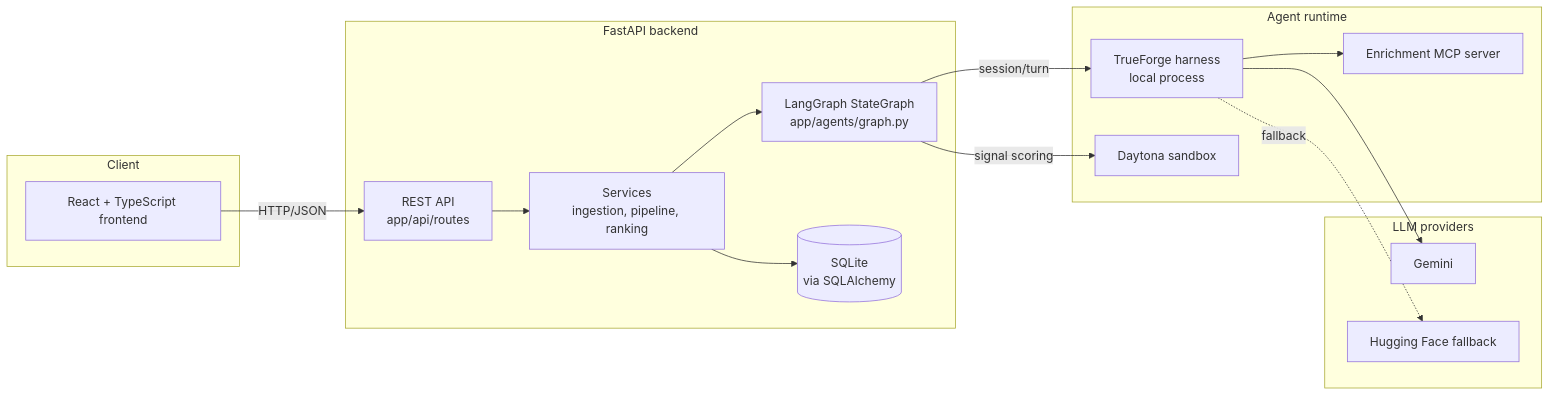
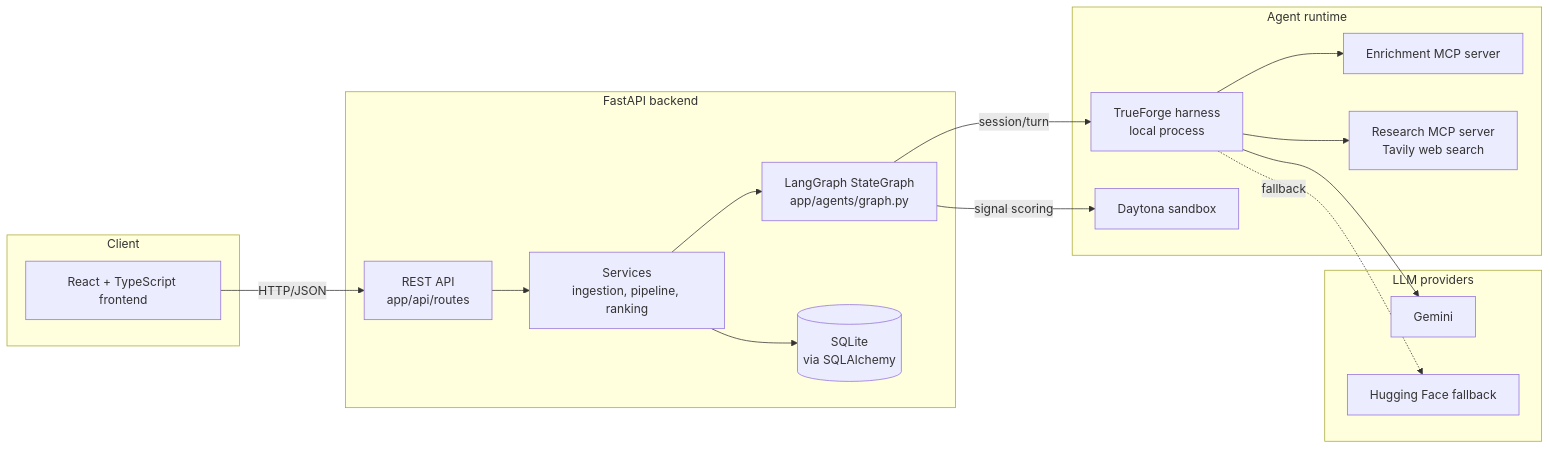
One commit to ram-from-tvl/signalis changed the diagram in docs/ARCHITECTURE.md. Above: the diagram before and after it, drawn with Mermaid. The commit also changed other lines of this file and 3 other files, not shown here.

First line of the commit message:
docs: document the research MCP server and TAVILY_API_KEY setup

````diff
--- a/docs/ARCHITECTURE.md
+++ b/docs/ARCHITECTURE.md
@@ -9,34 +9,36 @@
 ```mermaid
 flowchart LR
     subgraph Client
         FE[React + TypeScript frontend]
     end
 
     subgraph Backend["FastAPI backend"]
         API[REST API<br/>app/api/routes]
         SVC[Services<br/>ingestion, pipeline, ranking]
         GRAPH[LangGraph StateGraph<br/>app/agents/graph.py]
         DB[(SQLite<br/>via SQLAlchemy)]
     end
 
     subgraph Runtime["Agent runtime"]
         TF[TrueForge harness<br/>local process]
         MCP[Enrichment MCP server]
+        RESEARCH[Research MCP server<br/>Tavily web search]
         SANDBOX[Daytona sandbox]
     end
 
     subgraph Providers["LLM providers"]
         GEMINI[Gemini]
         HF[Hugging Face fallback]
     end
 
     FE -->|HTTP/JSON| API
     API --> SVC
     SVC --> GRAPH
     SVC --> DB
     GRAPH -->|session/turn| TF
     TF --> GEMINI
     TF -.fallback.-> HF
     TF --> MCP
+    TF --> RESEARCH
     GRAPH -->|signal scoring| SANDBOX
 ```
````
